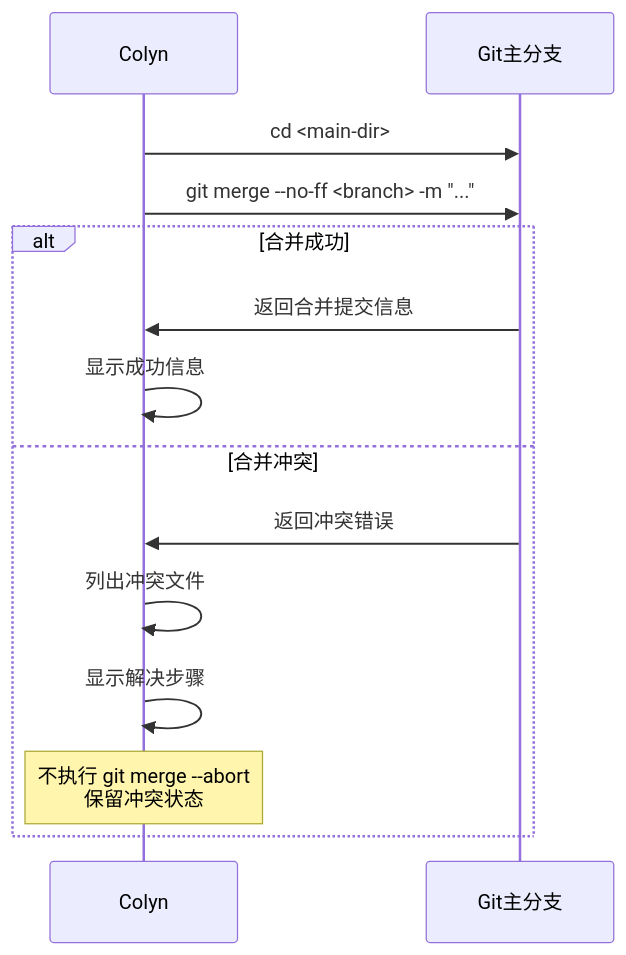
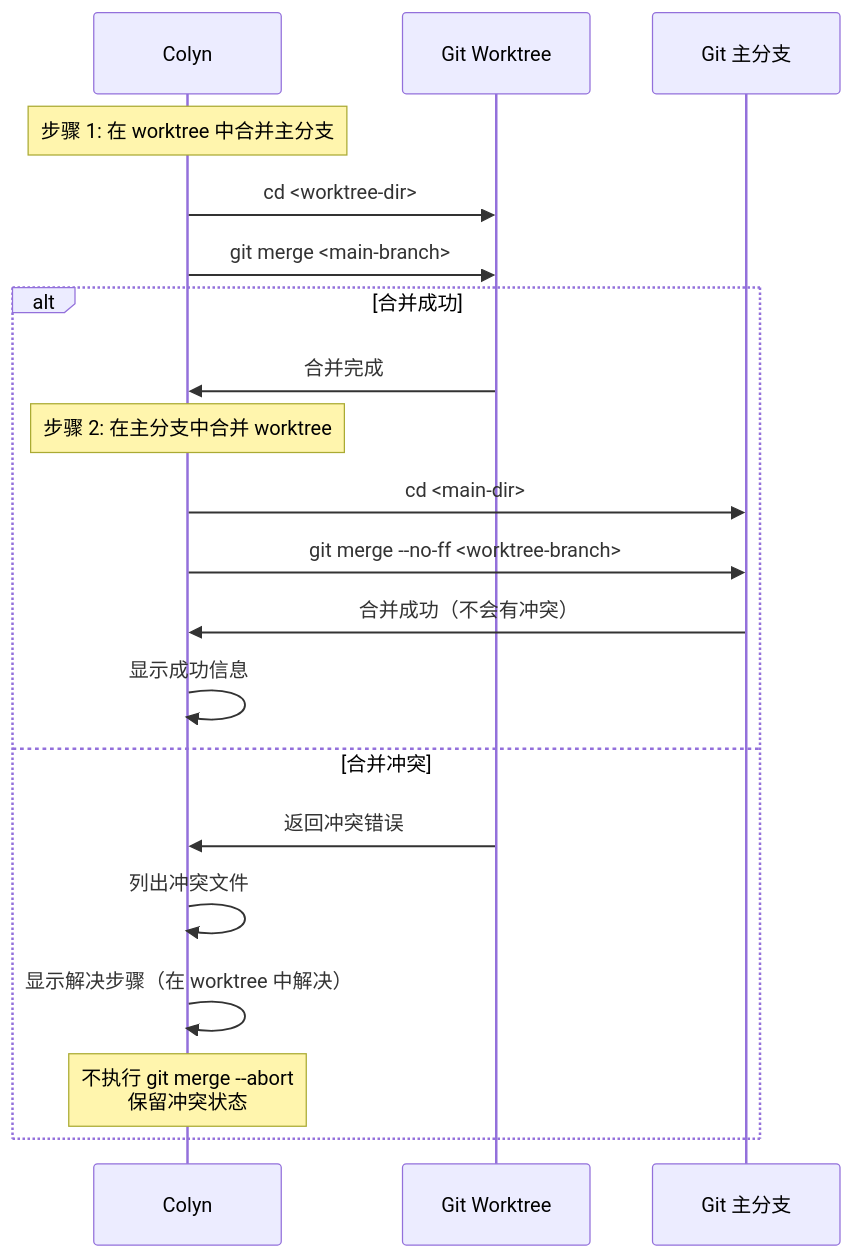
Before and after one commit to colin-han/colyn: the fifth of 6 diagrams in docs/design-merge-command.md, drawn with Mermaid. The commit also changed other lines of this file and 2 other files, not shown here.

````diff
--- a/docs/design-merge-command.md
+++ b/docs/design-merge-command.md
@@ -278,18 +289,24 @@
 ```mermaid
 sequenceDiagram
     participant C as Colyn
-    participant G as Git主分支
+    participant WT as Git Worktree
+    participant M as Git 主分支
 
-    C->>G: cd <main-dir>
-    C->>G: git merge --no-ff <branch> -m "..."
+    Note over C: 步骤 1: 在 worktree 中合并主分支
+    C->>WT: cd <worktree-dir>
+    C->>WT: git merge <main-branch>
 
     alt 合并成功
-        G->>C: 返回合并提交信息
+        WT->>C: 合并完成
+        Note over C: 步骤 2: 在主分支中合并 worktree
+        C->>M: cd <main-dir>
+        C->>M: git merge --no-ff <worktree-branch>
+        M->>C: 合并成功（不会有冲突）
         C->>C: 显示成功信息
     else 合并冲突
-        G->>C: 返回冲突错误
+        WT->>C: 返回冲突错误
         C->>C: 列出冲突文件
-        C->>C: 显示解决步骤
+        C->>C: 显示解决步骤（在 worktree 中解决）
         Note over C: 不执行 git merge --abort<br/>保留冲突状态
     end
 ```
````
